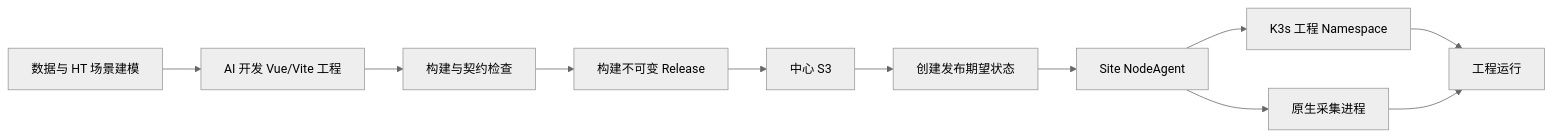
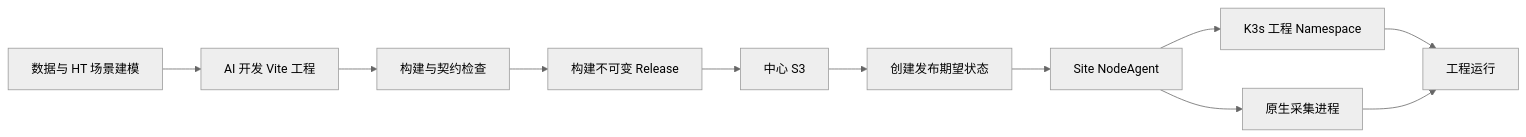
Before and after one commit to hsworld-top/InduForge: the second of 2 diagrams in docs/01-产品与架构/平台系统架构.md, drawn with Mermaid (neutral theme). The commit also changed 505 other files, not shown here.

````diff
--- a/docs/01-产品与架构/平台系统架构.md
+++ b/docs/01-产品与架构/平台系统架构.md
@@ -131,13 +131,13 @@
 ```mermaid
 graph LR
-    Model["数据与 HT 场景建模"] --> Develop["AI 开发 Vue/Vite 工程"]
+    Model["数据与 HT 场景建模"] --> Develop["AI 开发 Vite 工程"]
     Develop --> Validate["构建与契约检查"]
     Validate --> Build["构建不可变 Release"]
     Build --> S3["中心 S3"]
     S3 --> Publish["创建发布期望状态"]
     Publish --> Agent["Site NodeAgent"]
     Agent --> K3s["K3s 工程 Namespace"]
     Agent --> Native["原生采集进程"]
     K3s --> Running["工程运行"]
     Native --> Running
 ```
````
